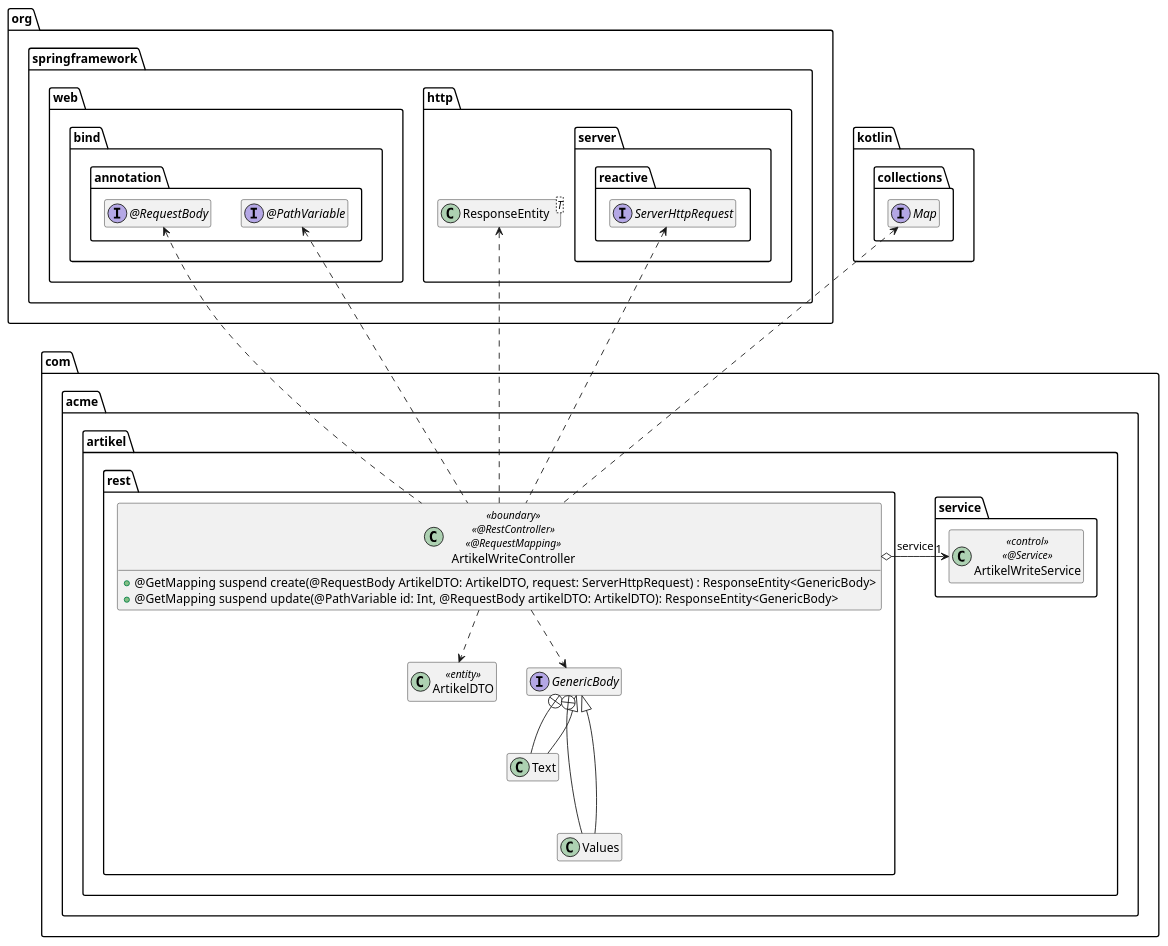
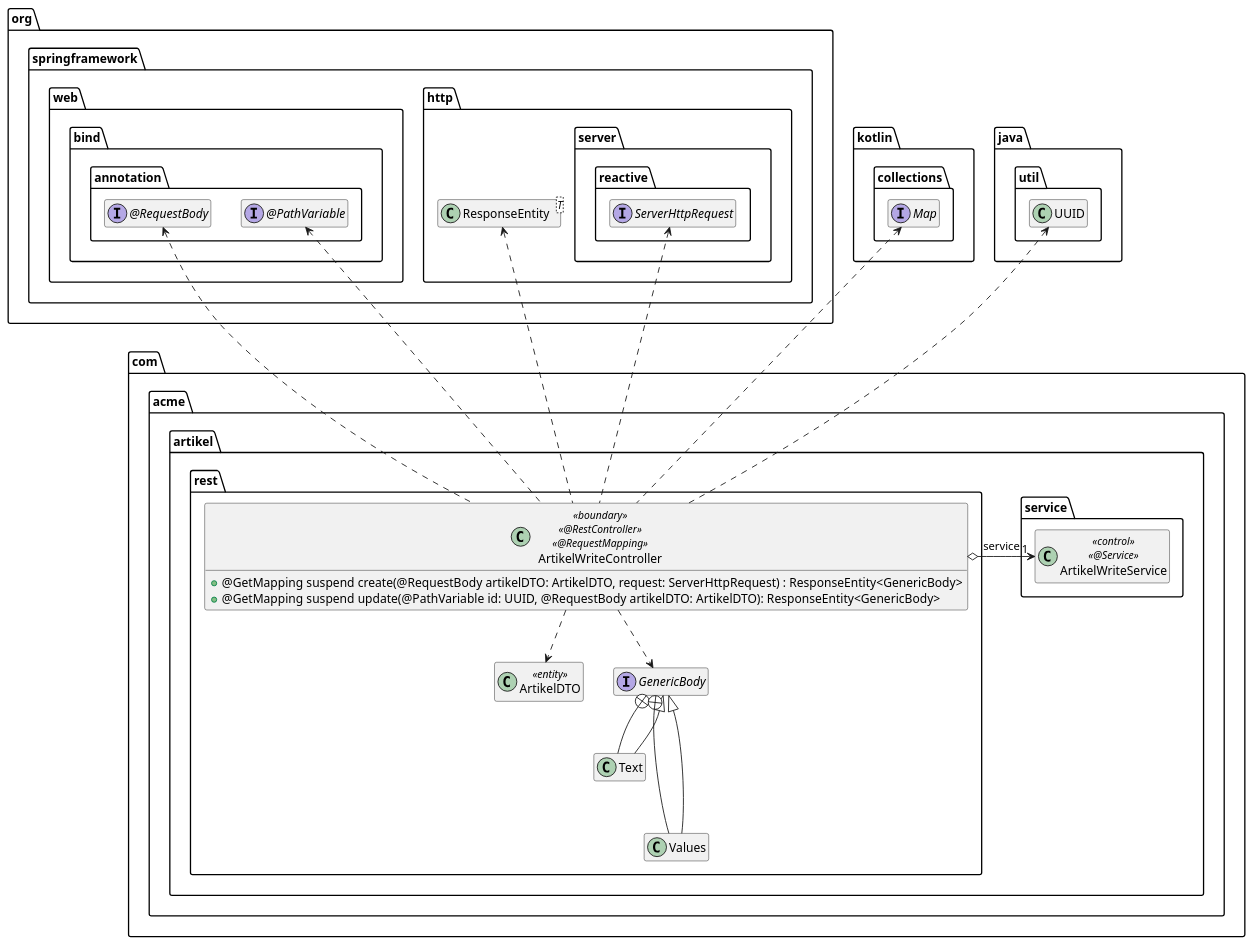
One commit to AlexanderStecknitz/Softwarearchitektur-Springframework changed the diagram in extras/doc/ArtikelWriteController.puml. Above: the diagram before and after it, drawn with PlantUML. The commit also changed 4 other files, not shown here.

Commit message:
UPDATED PlantUMLs

```diff
--- a/extras/doc/ArtikelWriteController.puml
+++ b/extras/doc/ArtikelWriteController.puml
@@ -1,65 +1,71 @@
 @startuml
 
 package org.springframework {
     package web.bind.annotation {
         interface "@PathVariable" as PathVariable
 
         interface "@RequestBody" as RequestBody
     }
 
     package http {
         class ResponseEntity<T>
 
         package server.reactive {
             interface ServerHttpRequest
         }
     }
 }
 
 package kotlin.collections {
     interface Map
 }
 
+package java.util {
+    class UUID
+}
+
 package com.acme.artikel {
 
     package service {
         class ArtikelWriteService << control >> << @Service >>
     }
 
     package rest {
 
         class ArtikelDTO <<entity>>
 
         interface GenericBody
         class Text
         class Values
         GenericBody +-- Text
         GenericBody <|-- Text
         GenericBody +--- Values
         GenericBody <|-- Values
 
         class ArtikelWriteController << boundary >> << @RestController >> << @RequestMapping >> {
-            + @GetMapping suspend create(@RequestBody ArtikelDTO: ArtikelDTO, request: ServerHttpRequest) : ResponseEntity<GenericBody>
-            + @GetMapping suspend update(@PathVariable id: Int, @RequestBody artikelDTO: ArtikelDTO): ResponseEntity<GenericBody>
+            + @GetMapping suspend create(@RequestBody artikelDTO: ArtikelDTO, request: ServerHttpRequest) : ResponseEntity<GenericBody>
+            + @GetMapping suspend update(@PathVariable id: UUID, @RequestBody artikelDTO: ArtikelDTO): ResponseEntity<GenericBody>
         }
 
         ArtikelWriteController o-right-> "1" ArtikelWriteService : service
 
         ArtikelWriteController ..> ArtikelDTO
         ArtikelWriteController ..> GenericBody
 
         ArtikelWriteController .up.> ResponseEntity
         ArtikelWriteController .up.> ServerHttpRequest
 
         ArtikelWriteController .up.> PathVariable
         ArtikelWriteController .up.> RequestBody
 
         ArtikelWriteController .up.> Map
 
+        ArtikelWriteController .up.> UUID
+
     }
 
 }
 
 hide empty members
 
 @enduml
```
